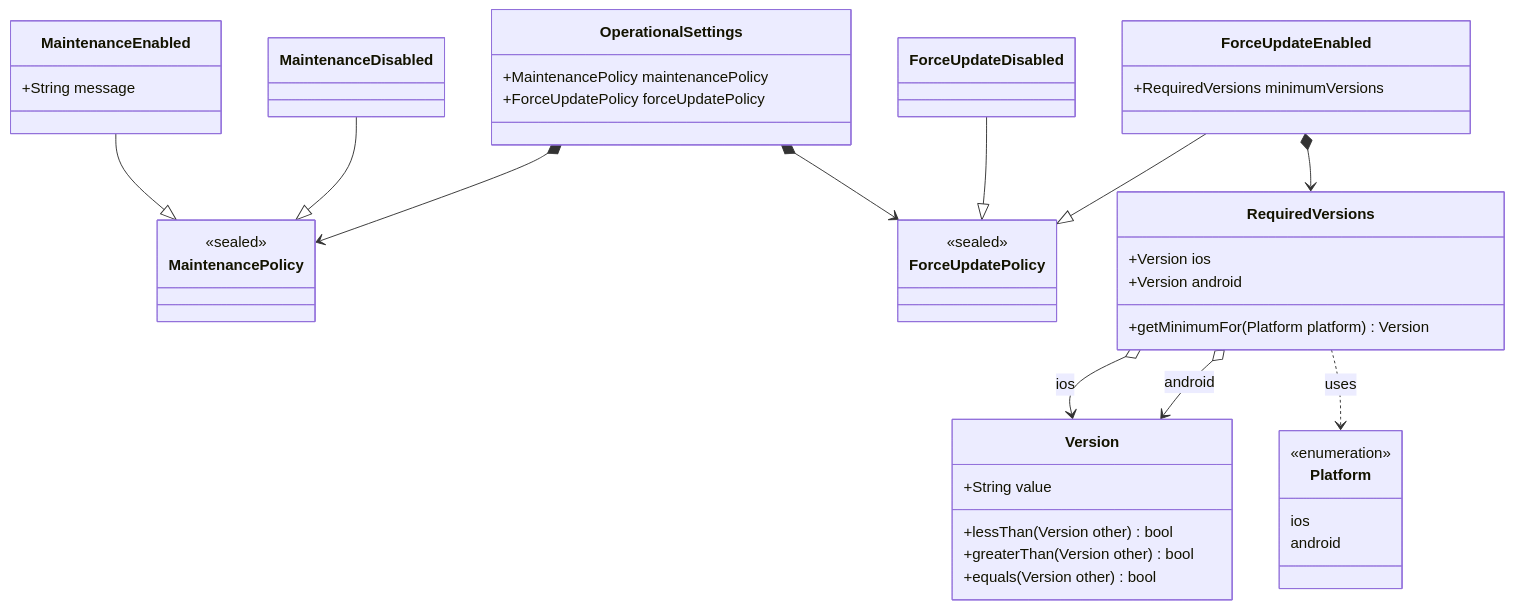
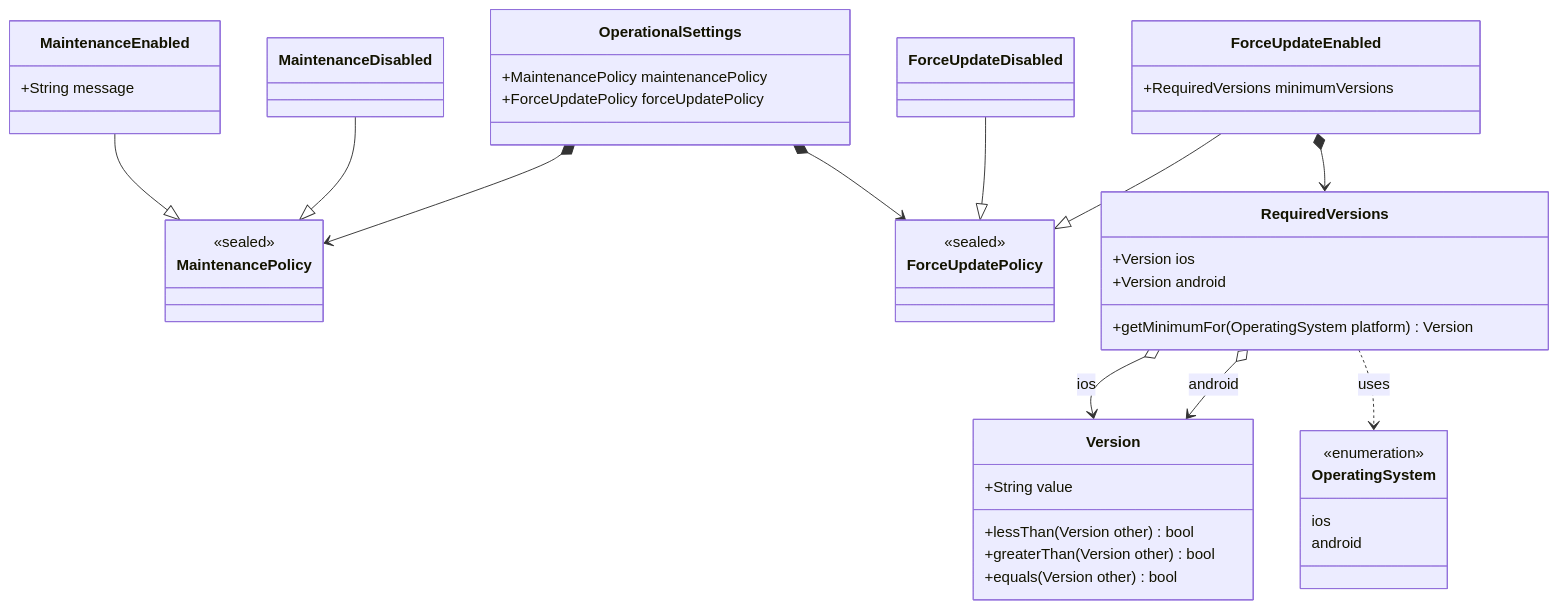
The first of 2 diagrams in docs/MODELING.md (yumemi-inc/flutter-mobile-project-template), drawn with Mermaid before and after one commit. The commit also changed other lines of this file, not shown here.

Commit message:
docs: PlatformからOperatingSystemにリネーム

````diff
--- a/docs/MODELING.md
+++ b/docs/MODELING.md
@@ -64,62 +64,62 @@
 ```mermaid
 classDiagram
     direction TB
 
     %% --- Core Settings Container ---
     class OperationalSettings {
         +MaintenancePolicy maintenancePolicy
         +ForceUpdatePolicy forceUpdatePolicy
     }
 
     %% --- Maintenance Policy/State ---
     class MaintenancePolicy {
         <<sealed>>
     }
     class MaintenanceEnabled {
         +String message
     }
     class MaintenanceDisabled {
     }
     MaintenanceEnabled --|> MaintenancePolicy
     MaintenanceDisabled --|> MaintenancePolicy
 
     %% --- Force Update Policy ---
     class ForceUpdatePolicy {
         <<sealed>>
     }
     class ForceUpdateEnabled {
         +RequiredVersions minimumVersions
     }
     class ForceUpdateDisabled {
     }
     ForceUpdateEnabled --|> ForceUpdatePolicy
     ForceUpdateDisabled --|> ForceUpdatePolicy
 
     %% --- Force Update Details ---
     class RequiredVersions {
         +Version ios
         +Version android
-        +getMinimumFor(Platform platform) Version
+        +getMinimumFor(OperatingSystem platform) Version
     }
 
     %% --- Value Objects & Enums ---
     class Version {
         +String value
         +lessThan(Version other) bool
         +greaterThan(Version other) bool
         +equals(Version other) bool
     }
-    class Platform {
+    class OperatingSystem {
         <<enumeration>>
         ios
         android
     }
 
     %% --- Relationships ---
     OperationalSettings *--> MaintenancePolicy
     OperationalSettings *--> ForceUpdatePolicy
     ForceUpdateEnabled *--> RequiredVersions
     RequiredVersions o--> Version : ios
     RequiredVersions o--> Version : android
-    RequiredVersions ..> Platform : uses
+    RequiredVersions ..> OperatingSystem : uses
 ```
````
